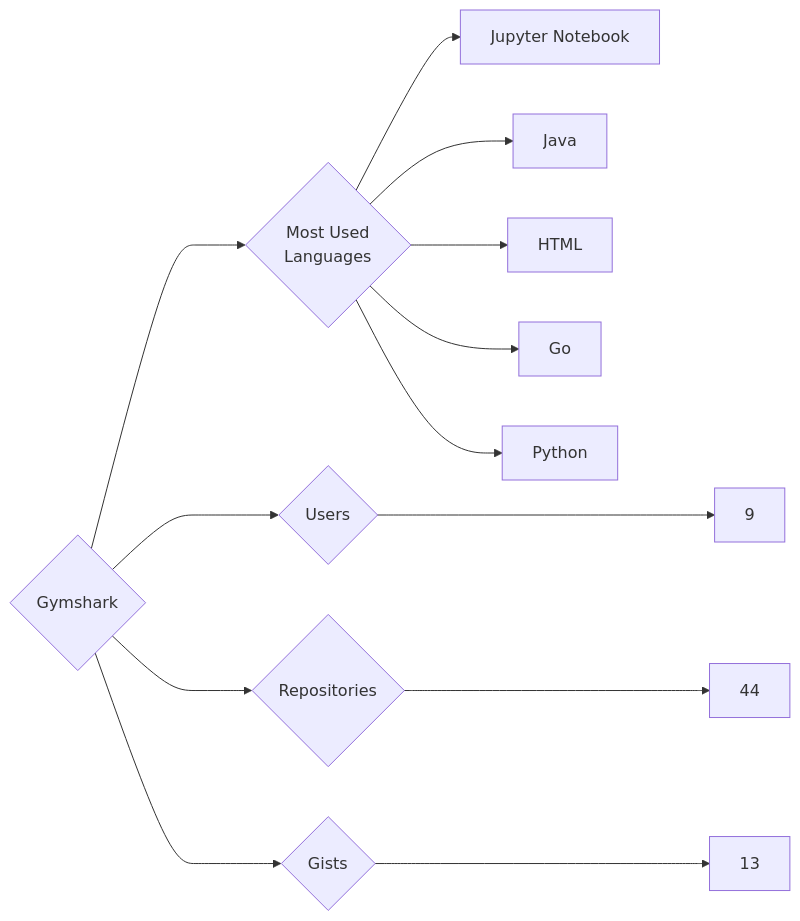
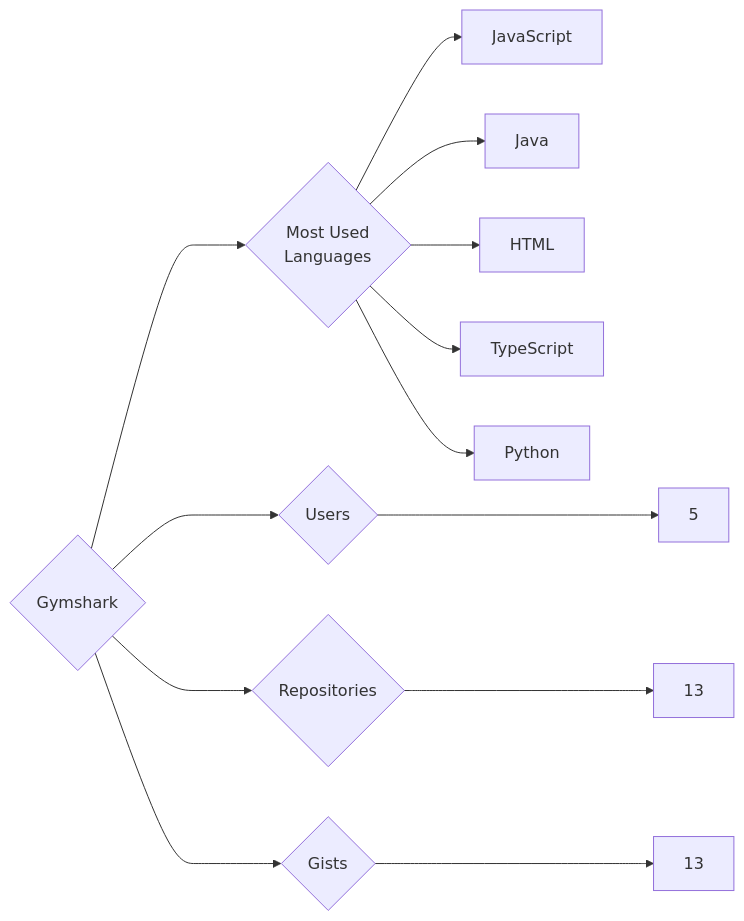
One commit to trickest/insiders changed the diagram in targets/Gymshark/README.md. Above: the diagram before and after it, drawn with Mermaid. The commit also changed 988 other files, not shown here.

````diff
--- a/targets/Gymshark/README.md
+++ b/targets/Gymshark/README.md
@@ -3,13 +3,13 @@
 ```mermaid
 graph LR
 COMPANY_NAME{Gymshark}
-COMPANY_NAME ---> U{Users} ---> UN[9]
-COMPANY_NAME ---> R{Repositories} ---> RN[44]
+COMPANY_NAME ---> U{Users} ---> UN[5]
+COMPANY_NAME ---> R{Repositories} ---> RN[13]
 COMPANY_NAME ---> G{Gists} ---> GN[13]
 COMPANY_NAME ---> ML{Most Used<br>Languages}
-ML --> Jupyter_Notebook[Jupyter Notebook]
+ML --> JavaScript[JavaScript]
 ML --> Java[Java]
 ML --> HTML[HTML]
-ML --> Go[Go]
+ML --> TypeScript[TypeScript]
 ML --> Python[Python]
 ```
````
